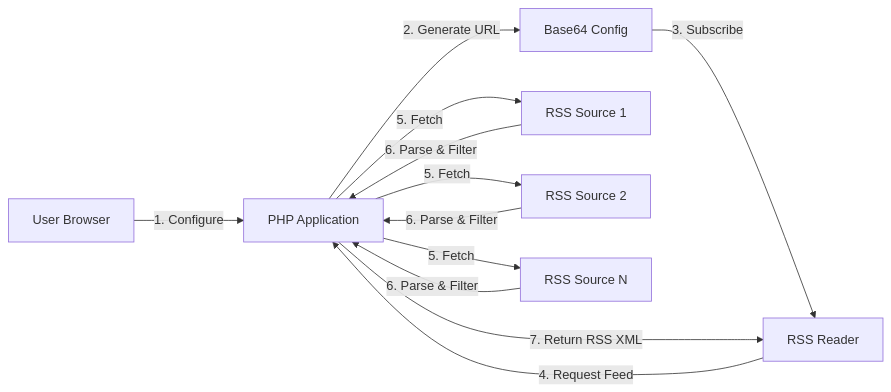
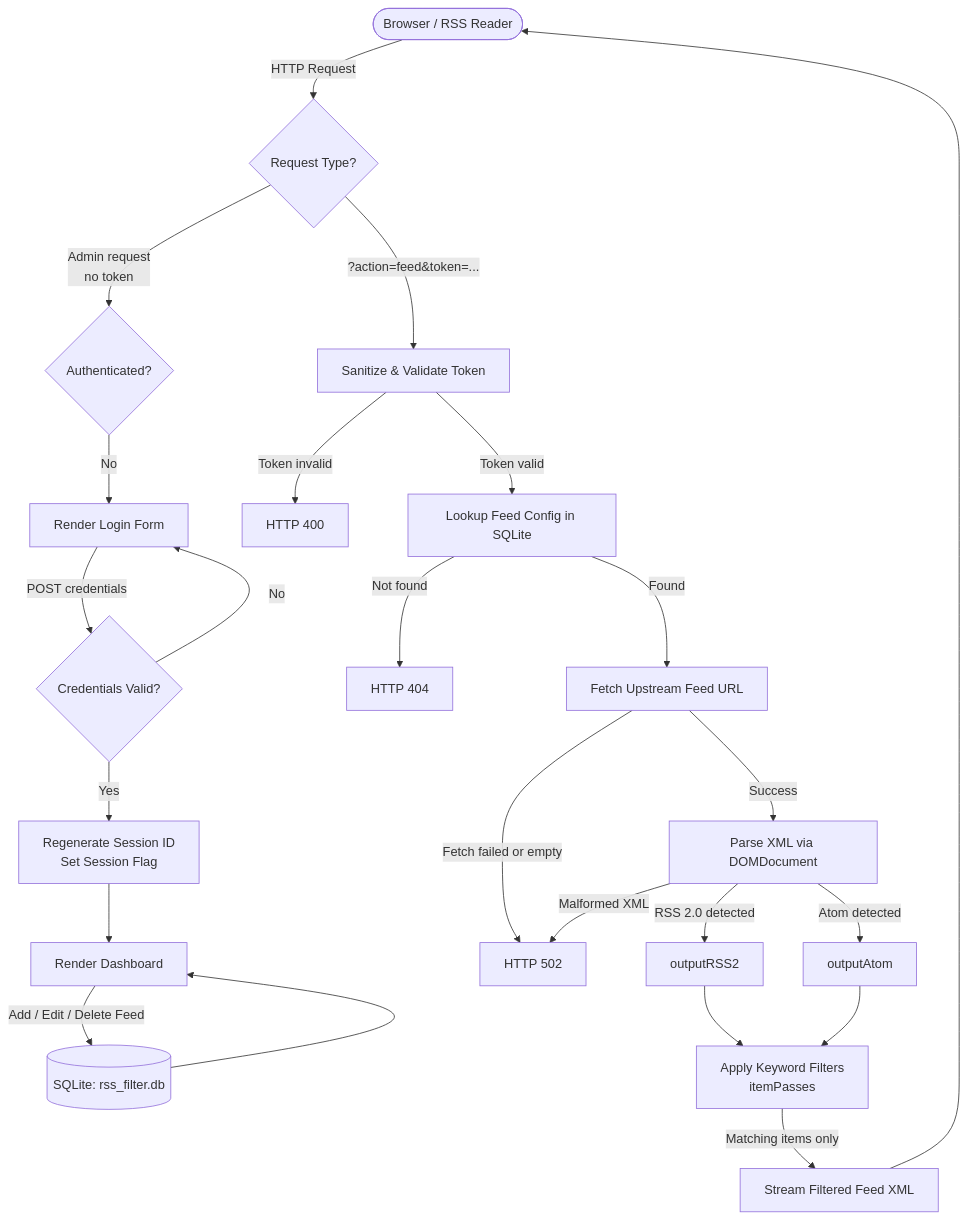
One commit to xsukax/xsukax-RSS-Filter changed the diagram in README.md. Above: the diagram before and after it, drawn with Mermaid. The commit also changed other lines of this file, not shown here.

````diff
--- a/README.md
+++ b/README.md
@@ -260,14 +243,28 @@
 ```mermaid
-flowchart LR
-    A[User Browser] -->|1. Configure| B[PHP Application]
-    B -->|2. Generate URL| C[Base64 Config]
-    C -->|3. Subscribe| D[RSS Reader]
-    D -->|4. Request Feed| B
-    B -->|5. Fetch| E[RSS Source 1]
-    B -->|5. Fetch| F[RSS Source 2]
-    B -->|5. Fetch| G[RSS Source N]
-    E -->|6. Parse & Filter| B
-    F -->|6. Parse & Filter| B
-    G -->|6. Parse & Filter| B
-    B -->|7. Return RSS XML| D
+flowchart TD
+    A([Browser / RSS Reader]) -->|HTTP Request| B{Request Type?}
+
+    B -->|Admin request\nno token| C{Authenticated?}
+    C -->|No| D[Render Login Form]
+    D -->|POST credentials| E{Credentials Valid?}
+    E -->|No| D
+    E -->|Yes| F[Regenerate Session ID\nSet Session Flag]
+    F --> G[Render Dashboard]
+
+    G -->|Add / Edit / Delete Feed| H[(SQLite: rss_filter.db)]
+    H --> G
+
+    B -->|?action=feed&token=...| I[Sanitize & Validate Token]
+    I -->|Token invalid| J[HTTP 400]
+    I -->|Token valid| K[Lookup Feed Config in SQLite]
+    K -->|Not found| L[HTTP 404]
+    K -->|Found| M[Fetch Upstream Feed URL]
+    M -->|Fetch failed or empty| N[HTTP 502]
+    M -->|Success| O[Parse XML via DOMDocument]
+    O -->|Malformed XML| N
+    O -->|RSS 2.0 detected| P[outputRSS2]
+    O -->|Atom detected| Q[outputAtom]
+    P & Q --> R[Apply Keyword Filters\nitemPasses]
+    R -->|Matching items only| S[Stream Filtered Feed XML]
+    S --> A
 ```
````
